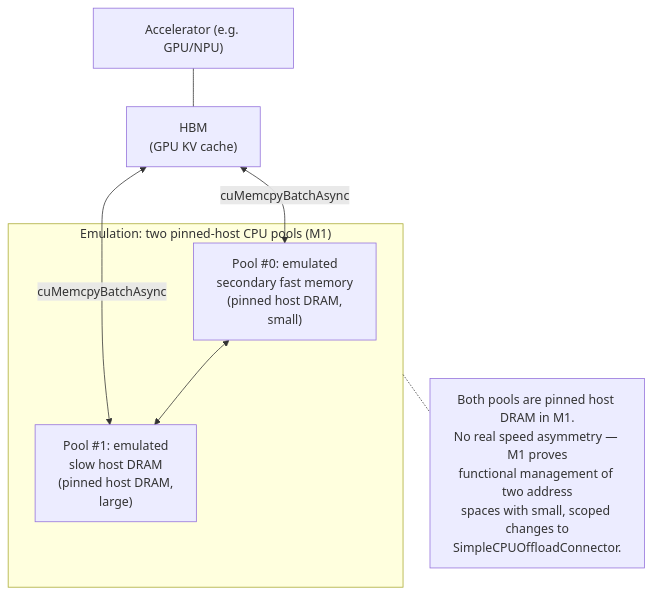
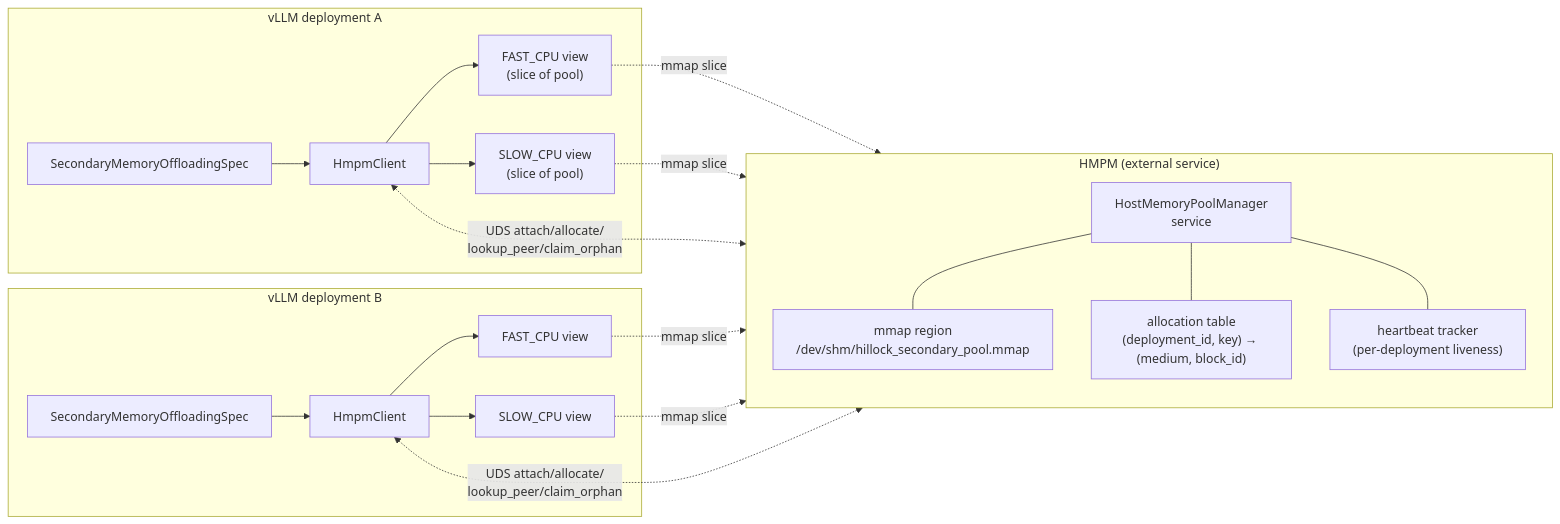
The diagram in docs/design/rfcs/imgs/mmd/emulator-overview.mmd (wangchen615/vllm), drawn with Mermaid before and after one commit. The commit also changed 9 other files, not shown here.

First line of the commit message:
docs(rfc): update Mermaid diagrams for OffloadingConnector architecture

```diff
--- a/docs/design/rfcs/imgs/mmd/emulator-overview.mmd
+++ b/docs/design/rfcs/imgs/mmd/emulator-overview.mmd
@@ -1,19 +1,41 @@
-%% Emulator overview: how vLLM's SimpleCPUOffloadConnector emulates the
-%% three-level hierarchy with two CPU memory pools.
+%% Emulator overview: one mmap-backed shared host pool, surfaced to vLLM as
+%% FAST_CPU and SLOW_CPU media; HMPM owns the pool; multiple vLLM instances attach.
 %% See docs/design/rfcs/secondary-memory-system-overview.md
-flowchart TB
-    Acc["Accelerator (e.g. GPU/NPU)"]
-    HBM["HBM<br/>(GPU KV cache)"]
-    Acc --- HBM
-
-    subgraph Emu["Emulation: two pinned-host CPU pools (M1)"]
-        Fast["Pool #0: emulated<br/>secondary fast memory<br/>(pinned host DRAM,<br/>small)"]
-        Slow["Pool #1: emulated<br/>slow host DRAM<br/>(pinned host DRAM,<br/>large)"]
-        Fast <--> Slow
+flowchart LR
+    subgraph HMPMService["HMPM (external service)"]
+        direction TB
+        HMPM["HostMemoryPoolManager<br/>service"]
+        SharedPool["mmap region<br/>/dev/shm/hillock_secondary_pool.mmap"]
+        AllocTable["allocation table<br/>(deployment_id, key) → (medium, block_id)"]
+        Heartbeat["heartbeat tracker<br/>(per-deployment liveness)"]
+        HMPM --- SharedPool
+        HMPM --- AllocTable
+        HMPM --- Heartbeat
     end
 
-    HBM <-->|cuMemcpyBatchAsync| Fast
-    HBM <-->|cuMemcpyBatchAsync| Slow
+    subgraph VllmA["vLLM deployment A"]
+        SpecA["SecondaryMemoryOffloadingSpec"]
+        ClientA["HmpmClient"]
+        FastViewA["FAST_CPU view<br/>(slice of pool)"]
+        SlowViewA["SLOW_CPU view<br/>(slice of pool)"]
+        SpecA --> ClientA
+        ClientA --> FastViewA
+        ClientA --> SlowViewA
+    end
 
-    note["Both pools are pinned host DRAM in M1.<br/>No real speed asymmetry — M1 proves<br/>functional management of two address<br/>spaces with small, scoped changes to<br/>SimpleCPUOffloadConnector."]
-    Emu -.- note
+    subgraph VllmB["vLLM deployment B"]
+        SpecB["SecondaryMemoryOffloadingSpec"]
+        ClientB["HmpmClient"]
+        FastViewB["FAST_CPU view"]
+        SlowViewB["SLOW_CPU view"]
+        SpecB --> ClientB
+        ClientB --> FastViewB
+        ClientB --> SlowViewB
+    end
+
+    ClientA <-.->|UDS attach/allocate/<br/>lookup_peer/claim_orphan| HMPM
+    ClientB <-.->|UDS attach/allocate/<br/>lookup_peer/claim_orphan| HMPM
+    FastViewA -. mmap slice .-> SharedPool
+    SlowViewA -. mmap slice .-> SharedPool
+    FastViewB -. mmap slice .-> SharedPool
+    SlowViewB -. mmap slice .-> SharedPool
```
